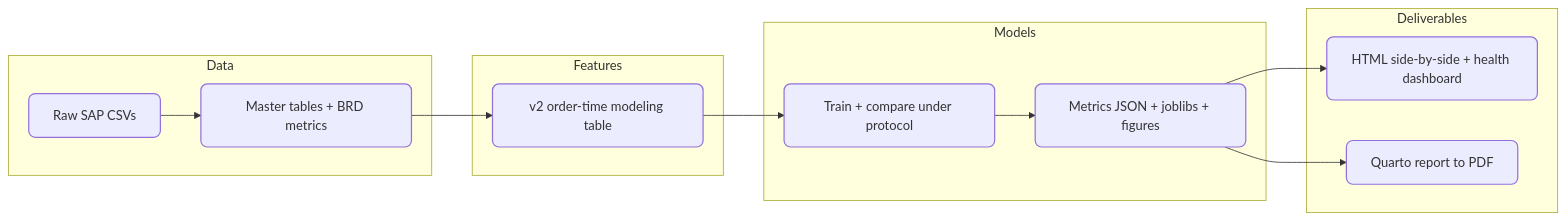
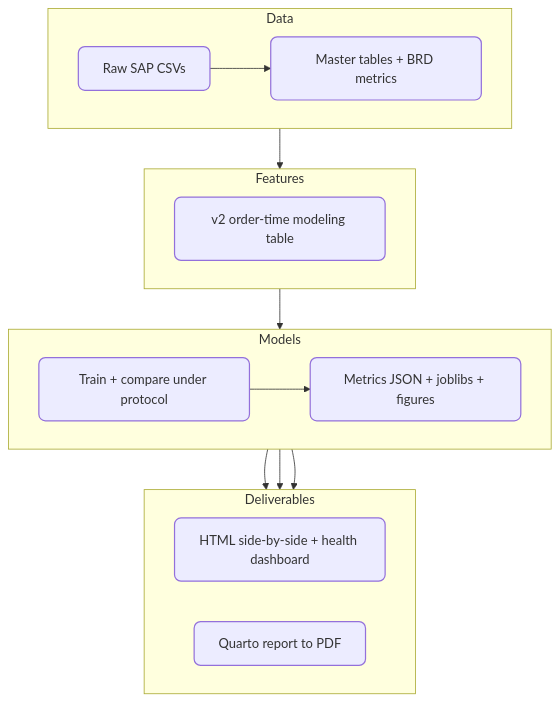
One commit to cruzaddy91/DATA-470_DSCapstone changed the diagram in docs/diagrams/end-to-end.mmd. Above: the diagram before and after it, drawn with Mermaid. The commit also changed 20 other files, not shown here.

First line of the commit message:
Improve Architecture diagram readability on GitHub.

```diff
--- a/docs/diagrams/end-to-end.mmd
+++ b/docs/diagrams/end-to-end.mmd
@@ -1,21 +1,23 @@
-flowchart LR
+flowchart TB
   subgraph ingest[Data]
-    R[Raw SAP CSVs]
-    M[Master tables + BRD metrics]
+    direction LR
+    R[Raw SAP CSVs] --> M[Master tables + BRD metrics]
   end
   subgraph features[Features]
     V[v2 order-time modeling table]
   end
   subgraph models[Models]
-    T[Train + compare under protocol]
-    A[Metrics JSON + joblibs + figures]
+    direction LR
+    T[Train + compare under protocol] --> A[Metrics JSON + joblibs + figures]
   end
   subgraph ship[Deliverables]
+    direction LR
     H[HTML side-by-side + health dashboard]
     Q[Quarto report to PDF]
   end
-  R --> M --> V --> T --> A --> H
+  ingest --> features --> models --> ship
+  A --> H
   A --> Q
 
   classDef step rx:8,ry:8,stroke-width:1.5px
   class R,M,V,T,A,H,Q step
```
